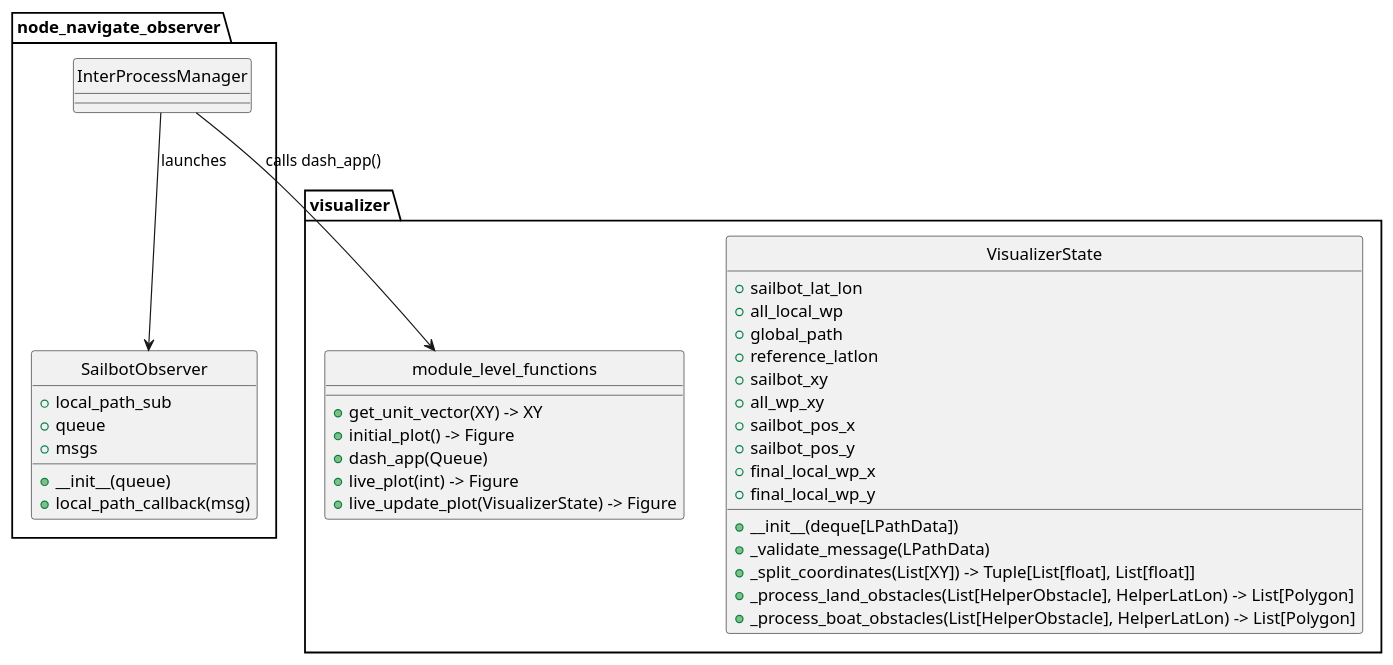
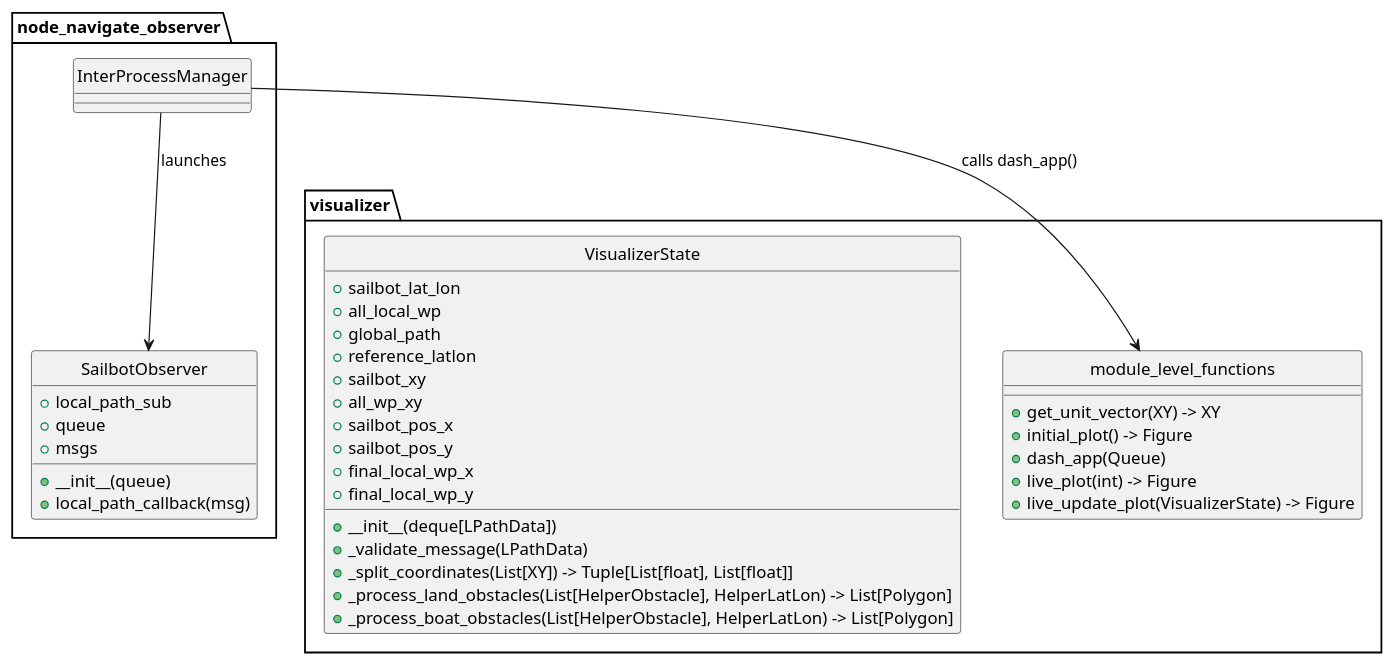
Before and after one commit to UBCSailbot/sailbot_workspace: the diagram in src/local_pathfinding/diagrams/visualizer_uml.puml, drawn with PlantUML.

Commit message:
updated layout

```diff
--- a/src/local_pathfinding/diagrams/visualizer_uml.puml
+++ b/src/local_pathfinding/diagrams/visualizer_uml.puml
@@ -1,46 +1,48 @@
 @startuml
 
 skinparam style strictuml
 
 class node_navigate_observer.SailbotObserver {
     + local_path_sub
     + queue
     + msgs
     + __init__(queue)
     + local_path_callback(msg)
 
 }
 
-class node_navigate_observer.InterProcessManager {
+class visualizer.module_level_functions {
+    + get_unit_vector(XY) -> XY
+    + initial_plot() -> Figure
+    + dash_app(Queue)
+    + live_plot(int) -> Figure
+    + live_update_plot(VisualizerState) -> Figure
+
 }
 
 class visualizer.VisualizerState {
     + sailbot_lat_lon
     + all_local_wp
     + global_path
     + reference_latlon
     + sailbot_xy
     + all_wp_xy
     + sailbot_pos_x
     + sailbot_pos_y
     + final_local_wp_x
     + final_local_wp_y
     + __init__(deque[LPathData])
     + _validate_message(LPathData)
     + _split_coordinates(List[XY]) -> Tuple[List[float], List[float]]
     + _process_land_obstacles(List[HelperObstacle], HelperLatLon) -> List[Polygon]
     + _process_boat_obstacles(List[HelperObstacle], HelperLatLon) -> List[Polygon]
 }
 
-class visualizer.module_level_functions {
-    + get_unit_vector(XY) -> XY
-    + initial_plot() -> Figure
-    + dash_app(Queue)
-    + live_plot(int) -> Figure
-    + live_update_plot(VisualizerState) -> Figure
-
+class node_navigate_observer.InterProcessManager {
 }
 
+
+
+node_navigate_observer.InterProcessManager --> visualizer.module_level_functions: calls dash_app()
 node_navigate_observer.InterProcessManager --> SailbotObserver: launches
-node_navigate_observer.InterProcessManager --> visualizer.module_level_functions: calls dash_app()
 @enduml
```
